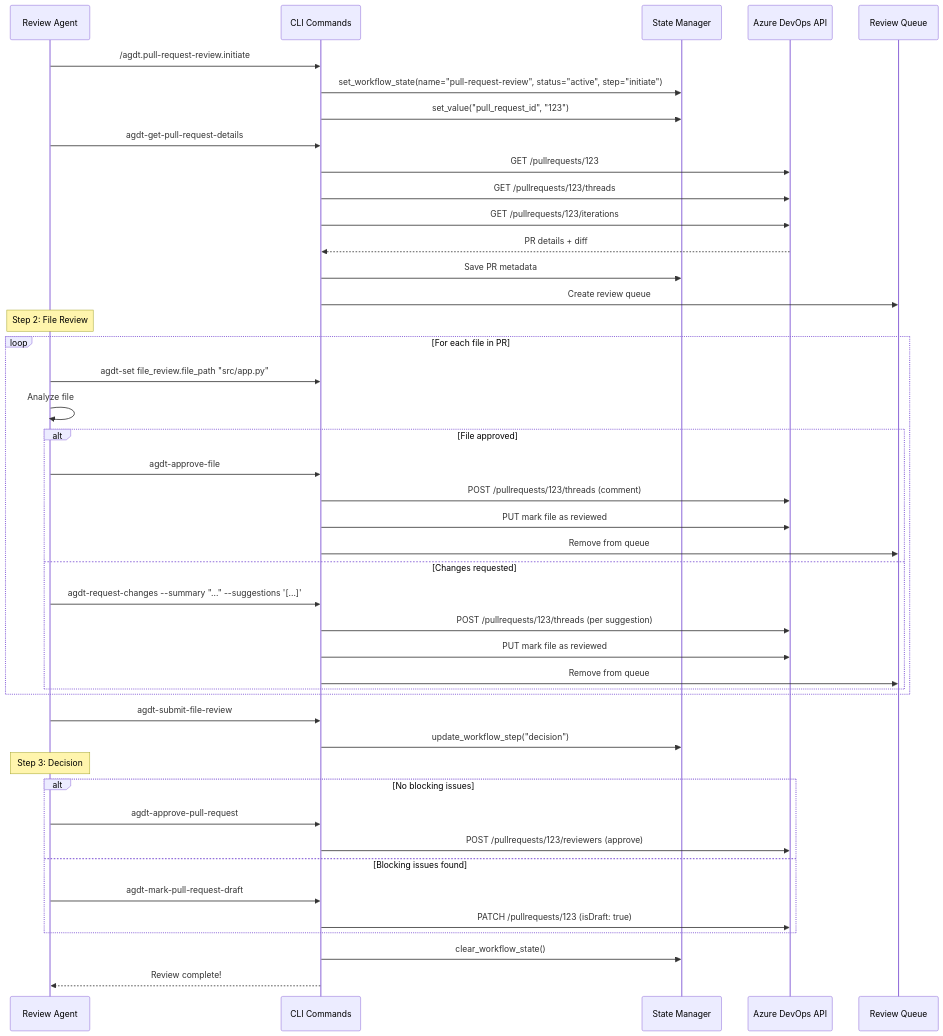
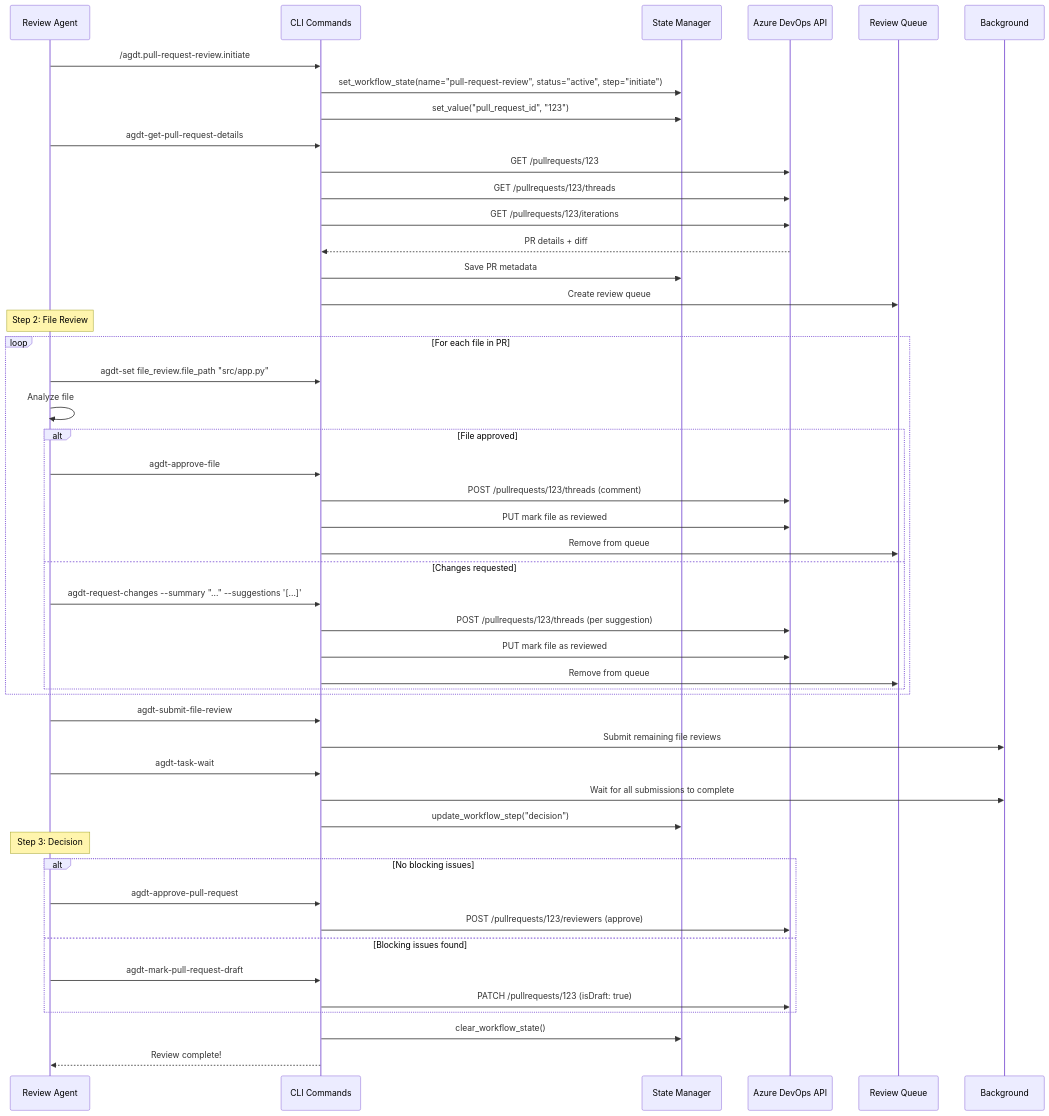
The third of 7 diagrams in docs/06-runtime-view.md (ayaiayorg/agentic-devtools), drawn with Mermaid before and after one commit. The commit also changed 2 other files, not shown here.

Commit message:
fix: validate step in advance_pull_request_review_workflow, fix runtime diagram
- Add step validation: reject removed/unknown steps (e.g. 'summary') with
  a clear error listing valid steps (file-review, decision, completion)
- Update docs/06-runtime-view.md sequence diagram: decision step happens
  after agdt-task-wait completes, not immediately after agdt-submit-file-review
- Add test: test_advance_rejects_invalid_step

````diff
--- a/docs/06-runtime-view.md
+++ b/docs/06-runtime-view.md
@@ -122,53 +122,56 @@
 ```mermaid
 sequenceDiagram
     participant Agent as Review Agent
     participant CLI as CLI Commands
     participant State as State Manager
     participant ADO as Azure DevOps API
     participant Queue as Review Queue
     
     Agent->>CLI: /agdt.pull-request-review.initiate
     CLI->>State: set_workflow_state(name="pull-request-review", status="active", step="initiate")
     CLI->>State: set_value("pull_request_id", "123")
     
     Agent->>CLI: agdt-get-pull-request-details
     CLI->>ADO: GET /pullrequests/123
     CLI->>ADO: GET /pullrequests/123/threads
     CLI->>ADO: GET /pullrequests/123/iterations
     ADO-->>CLI: PR details + diff
     CLI->>State: Save PR metadata
     CLI->>Queue: Create review queue
     
     Note over Agent: Step 2: File Review
     loop For each file in PR
         Agent->>CLI: agdt-set file_review.file_path "src/app.py"
         Agent->>Agent: Analyze file
         
         alt File approved
             Agent->>CLI: agdt-approve-file
             CLI->>ADO: POST /pullrequests/123/threads (comment)
             CLI->>ADO: PUT mark file as reviewed
             CLI->>Queue: Remove from queue
         else Changes requested
             Agent->>CLI: agdt-request-changes --summary "..." --suggestions '[...]'
             CLI->>ADO: POST /pullrequests/123/threads (per suggestion)
             CLI->>ADO: PUT mark file as reviewed
             CLI->>Queue: Remove from queue
         end
     end
     
     Agent->>CLI: agdt-submit-file-review
+    CLI->>Background: Submit remaining file reviews
+    Agent->>CLI: agdt-task-wait
+    CLI->>Background: Wait for all submissions to complete
     CLI->>State: update_workflow_step("decision")
     
     Note over Agent: Step 3: Decision
     alt No blocking issues
         Agent->>CLI: agdt-approve-pull-request
         CLI->>ADO: POST /pullrequests/123/reviewers (approve)
     else Blocking issues found
         Agent->>CLI: agdt-mark-pull-request-draft
         CLI->>ADO: PATCH /pullrequests/123 (isDraft: true)
     end
     
     CLI->>State: clear_workflow_state()
     CLI-->>Agent: Review complete!
 ```
````
